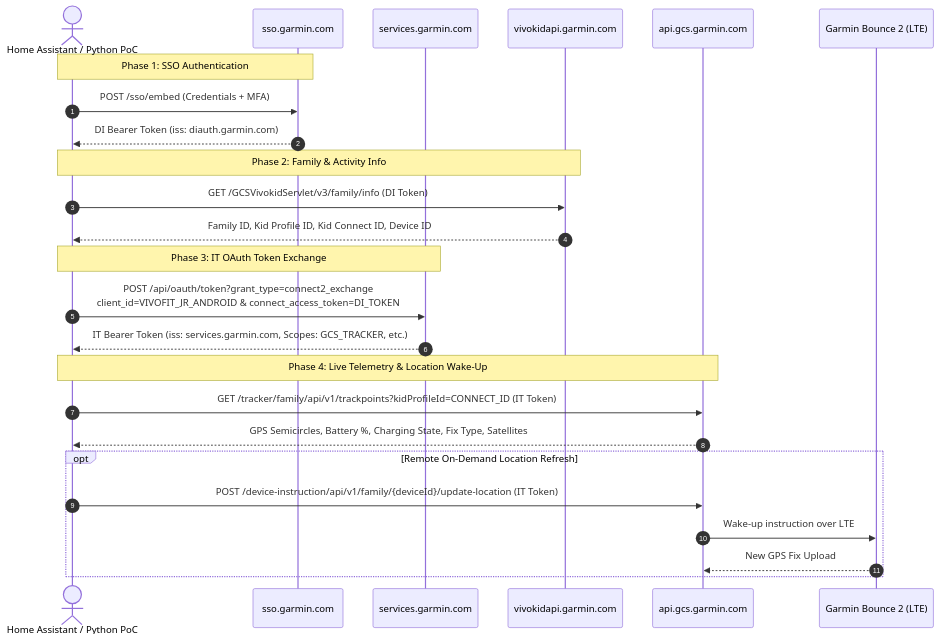
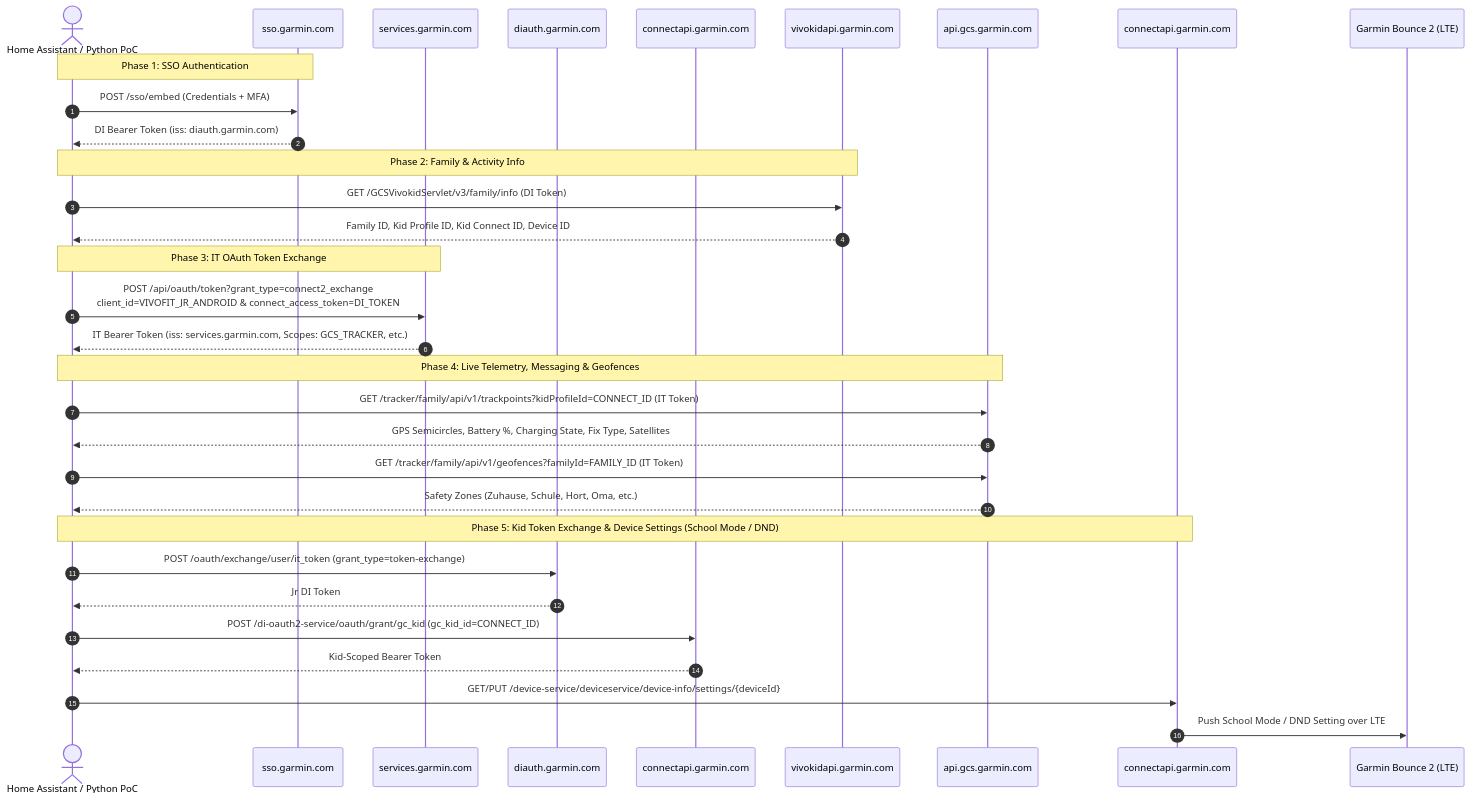
Before and after one commit to fscorrupt/garmin-bounce-homeassistant: the diagram in REVERSE_ENGINEERING.md, drawn with Mermaid. The commit also changed other lines of this file and 3 other files, not shown here.

First line of the commit message:
Add school mode, DND, and dashboard updates

````diff
--- a/REVERSE_ENGINEERING.md
+++ b/REVERSE_ENGINEERING.md
@@ -38,32 +38,39 @@
 ```mermaid
 sequenceDiagram
     autonumber
     actor User as Home Assistant / Python PoC
     participant SSO as sso.garmin.com
     participant ITAuth as services.garmin.com
+    participant DIExchange as diauth.garmin.com
+    participant KidAuth as connectapi.garmin.com
     participant VivoAPI as vivokidapi.garmin.com
     participant GCS as api.gcs.garmin.com
+    participant DevSvc as connectapi.garmin.com
     participant Watch as Garmin Bounce 2 (LTE)
 
     Note over User,SSO: Phase 1: SSO Authentication
     User->>SSO: POST /sso/embed (Credentials + MFA)
     SSO-->>User: DI Bearer Token (iss: diauth.garmin.com)
 
     Note over User,VivoAPI: Phase 2: Family & Activity Info
     User->>VivoAPI: GET /GCSVivokidServlet/v3/family/info (DI Token)
     VivoAPI-->>User: Family ID, Kid Profile ID, Kid Connect ID, Device ID
 
     Note over User,ITAuth: Phase 3: IT OAuth Token Exchange
     User->>ITAuth: POST /api/oauth/token?grant_type=connect2_exchange<br/>client_id=VIVOFIT_JR_ANDROID & connect_access_token=DI_TOKEN
     ITAuth-->>User: IT Bearer Token (iss: services.garmin.com, Scopes: GCS_TRACKER, etc.)
 
-    Note over User,GCS: Phase 4: Live Telemetry & Location Wake-Up
+    Note over User,GCS: Phase 4: Live Telemetry, Messaging & Geofences
     User->>GCS: GET /tracker/family/api/v1/trackpoints?kidProfileId=CONNECT_ID (IT Token)
     GCS-->>User: GPS Semicircles, Battery %, Charging State, Fix Type, Satellites
+    User->>GCS: GET /tracker/family/api/v1/geofences?familyId=FAMILY_ID (IT Token)
+    GCS-->>User: Safety Zones (Zuhause, Schule, Hort, Oma, etc.)
 
-    opt Remote On-Demand Location Refresh
-        User->>GCS: POST /device-instruction/api/v1/family/{deviceId}/update-location (IT Token)
-        GCS->>Watch: Wake-up instruction over LTE
-        Watch-->>GCS: New GPS Fix Upload
-    end
+    Note over User,DevSvc: Phase 5: Kid Token Exchange & Device Settings (School Mode / DND)
+    User->>DIExchange: POST /oauth/exchange/user/it_token (grant_type=token-exchange)
+    DIExchange-->>User: Jr DI Token
+    User->>KidAuth: POST /di-oauth2-service/oauth/grant/gc_kid (gc_kid_id=CONNECT_ID)
+    KidAuth-->>User: Kid-Scoped Bearer Token
+    User->>DevSvc: GET/PUT /device-service/deviceservice/device-info/settings/{deviceId}
+    DevSvc->>Watch: Push School Mode / DND Setting over LTE
 ```
````
